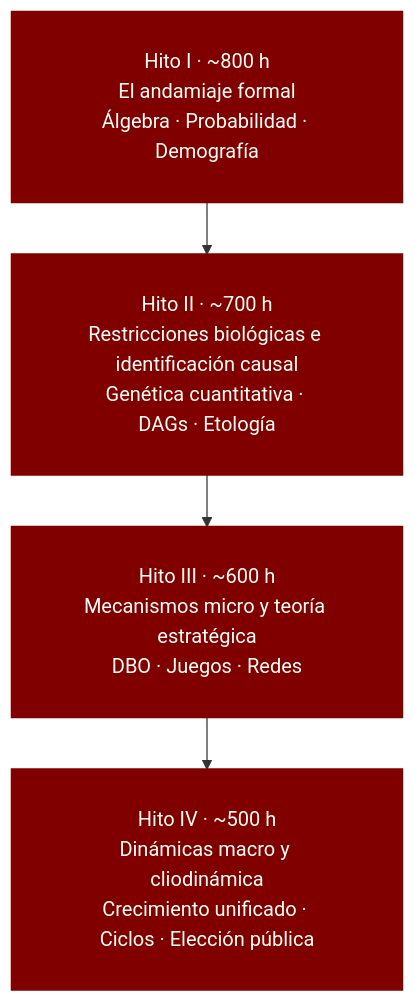
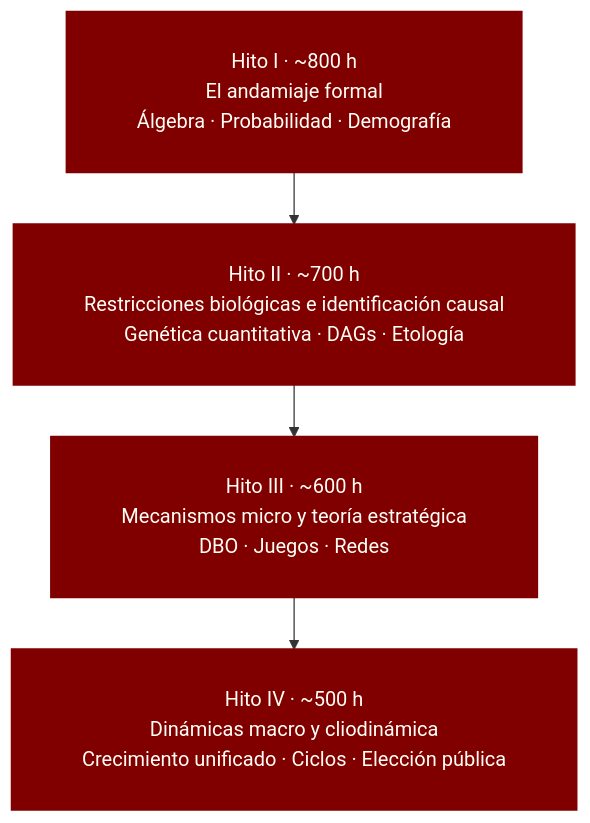
The diagram in guia_autodidacta.qmd (danielgccr/nuevasomosaguas), drawn with Mermaid before and after one commit. The commit also changed 7 other files, not shown here.

First line of the commit message:
Da a las etiquetas de mermaid el ancho que necesitan

````diff
--- a/guia_autodidacta.qmd
+++ b/guia_autodidacta.qmd
@@ -34,16 +34,16 @@
 ```{mermaid}
 %%| label: fig-hitos
 %%| fig-cap: "Los cuatro hitos, con su presupuesto de horas netas."
 
-%%{init: {"flowchart": {"nodeSpacing": 26, "rankSpacing": 42, "padding": 28, "useMaxWidth": true}}}%%
+%%{init: {"flowchart": {"nodeSpacing": 26, "rankSpacing": 42, "padding": 28, "wrappingWidth": 460, "useMaxWidth": true}}}%%
 flowchart TB
     H1["Hito I · ~800 h<br/>El andamiaje formal<br/>Álgebra · Probabilidad · Demografía"]
     H2["Hito II · ~700 h<br/>Restricciones biológicas e identificación causal<br/>Genética cuantitativa · DAGs · Etología"]
     H3["Hito III · ~600 h<br/>Mecanismos micro y teoría estratégica<br/>DBO · Juegos · Redes"]
     H4["Hito IV · ~500 h<br/>Dinámicas macro y cliodinámica<br/>Crecimiento unificado · Ciclos · Elección pública"]
 
     H1 --> H2 --> H3 --> H4
 
     classDef hito fill:#800000,stroke:#800000,stroke-width:2px,color:#fffff8
     class H1,H2,H3,H4 hito
 ```
````
